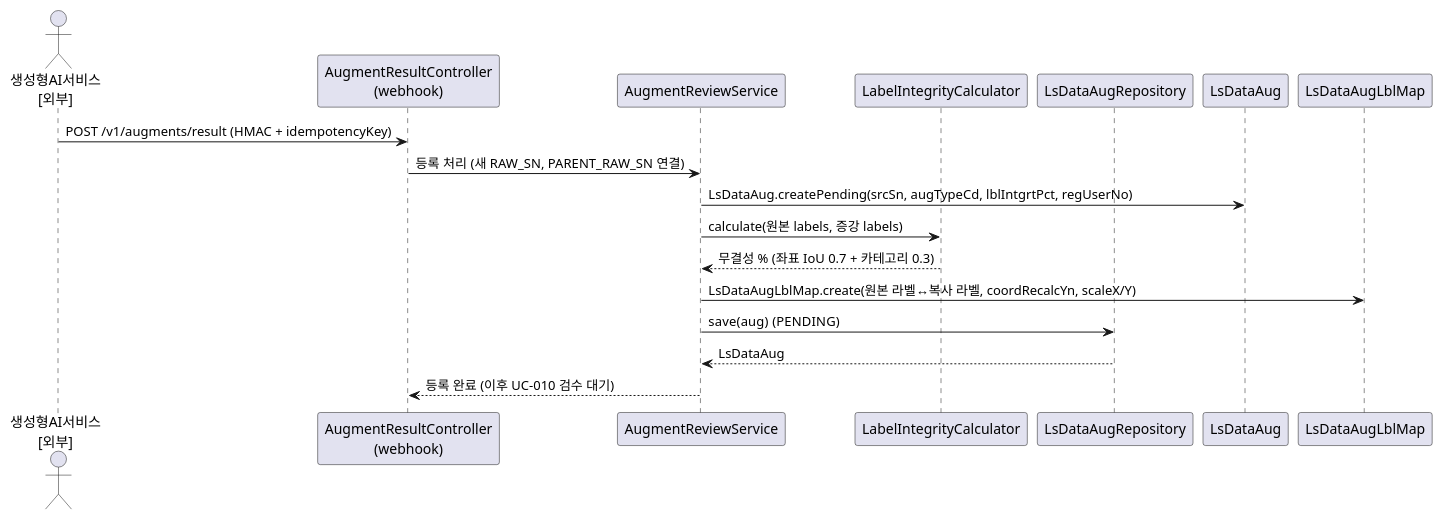
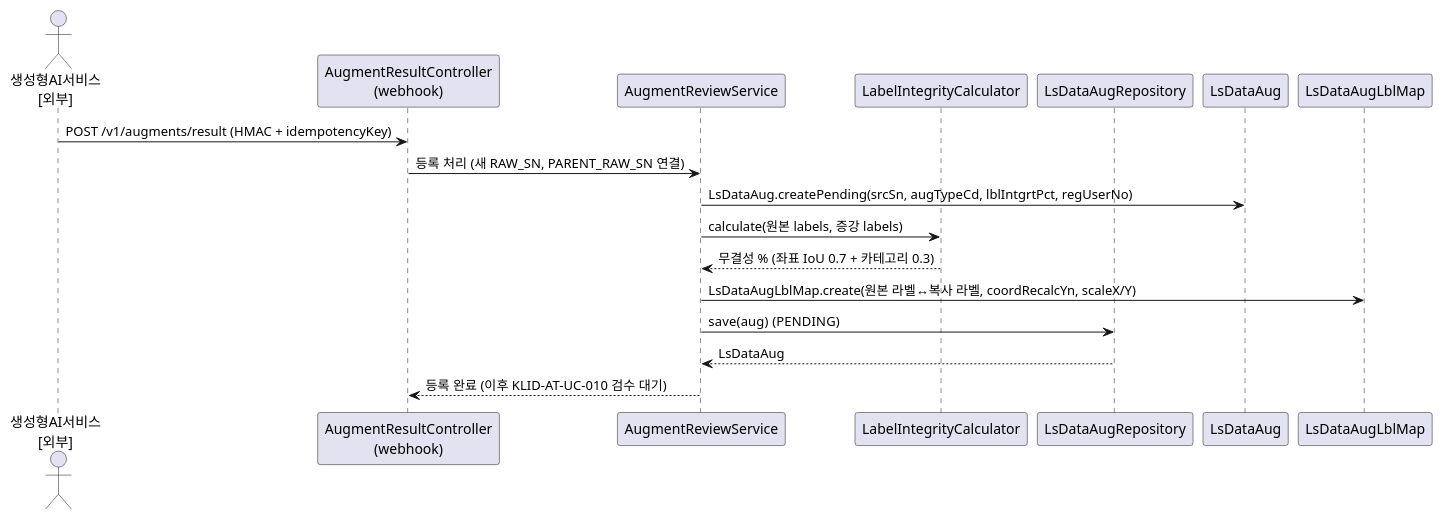
Before and after one commit to New-stella/klid-label: the third of 11 diagrams in docs/design/D1-클래스설계서.md, drawn with PlantUML. The commit also changed other lines of this file and 17 other files, not shown here.

````diff
--- a/docs/design/D1-클래스설계서.md
+++ b/docs/design/D1-클래스설계서.md
@@ -196,21 +196,21 @@
 ```plantuml
 @startuml
 actor "생성형AI서비스\n[외부]" as GEN
 participant "AugmentResultController\n(webhook)" as WH
 participant "AugmentReviewService" as S
 participant "LabelIntegrityCalculator" as CALC
 participant "LsDataAugRepository" as R
 participant "LsDataAug" as E
 participant "LsDataAugLblMap" as M
 
 GEN -> WH : POST /v1/augments/result (HMAC + idempotencyKey)
 WH -> S : 등록 처리 (새 RAW_SN, PARENT_RAW_SN 연결)
 S -> E : LsDataAug.createPending(srcSn, augTypeCd, lblIntgrtPct, regUserNo)
 S -> CALC : calculate(원본 labels, 증강 labels)
 CALC --> S : 무결성 % (좌표 IoU 0.7 + 카테고리 0.3)
 S -> M : LsDataAugLblMap.create(원본 라벨↔복사 라벨, coordRecalcYn, scaleX/Y)
 S -> R : save(aug)  (PENDING)
 R --> S : LsDataAug
-S --> WH : 등록 완료 (이후 UC-010 검수 대기)
+S --> WH : 등록 완료 (이후 KLID-AT-UC-010 검수 대기)
 @enduml
 ```
````
